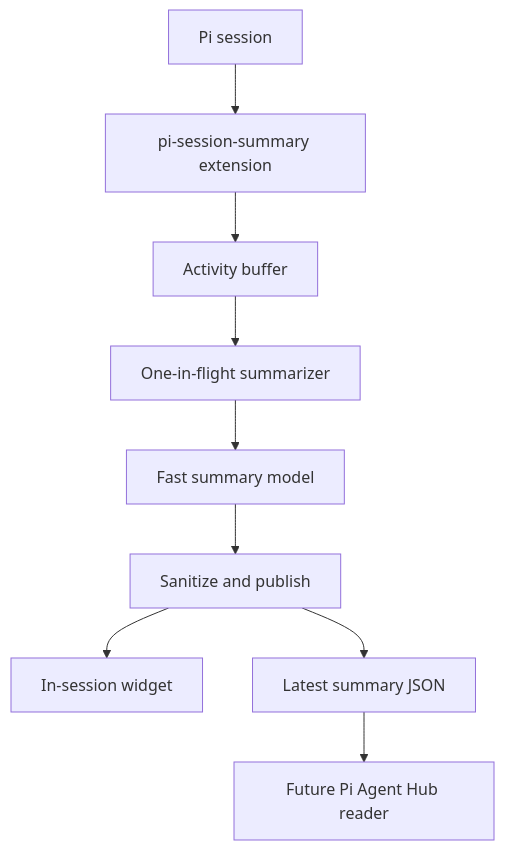
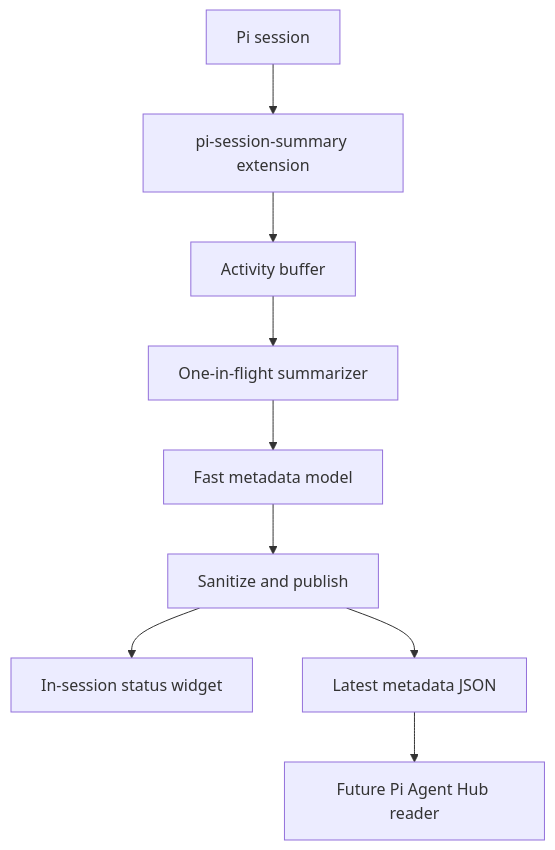
One commit to masta-g3/pi-session-summary changed the diagram in docs/STRUCTURE.md. Above: the diagram before and after it, drawn with Mermaid. The commit also changed other lines of this file and 14 other files, not shown here.

First line of the commit message:
Add dashboard session metadata v2.

````diff
--- a/docs/STRUCTURE.md
+++ b/docs/STRUCTURE.md
@@ -47,11 +44,11 @@
 ```mermaid
 flowchart TD
   Session[Pi session] --> Extension[pi-session-summary extension]
   Extension --> Activity[Activity buffer]
   Activity --> Scheduler[One-in-flight summarizer]
-  Scheduler --> Model[Fast summary model]
+  Scheduler --> Model[Fast metadata model]
   Model --> Publish[Sanitize and publish]
-  Publish --> Widget[In-session widget]
-  Publish --> State[Latest summary JSON]
+  Publish --> Widget[In-session status widget]
+  Publish --> State[Latest metadata JSON]
   State --> Hub[Future Pi Agent Hub reader]
 ```
````
